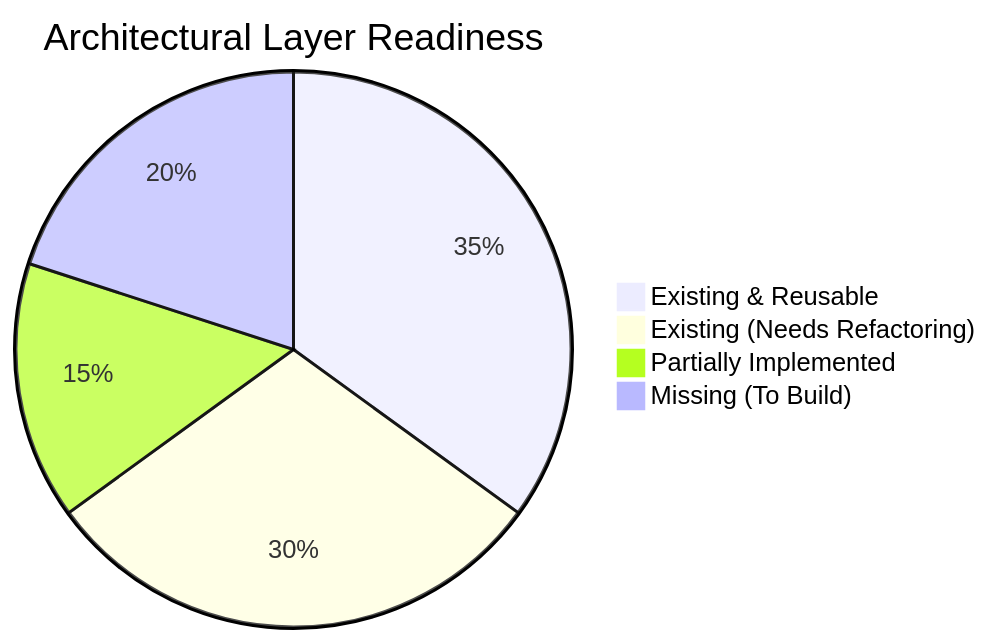
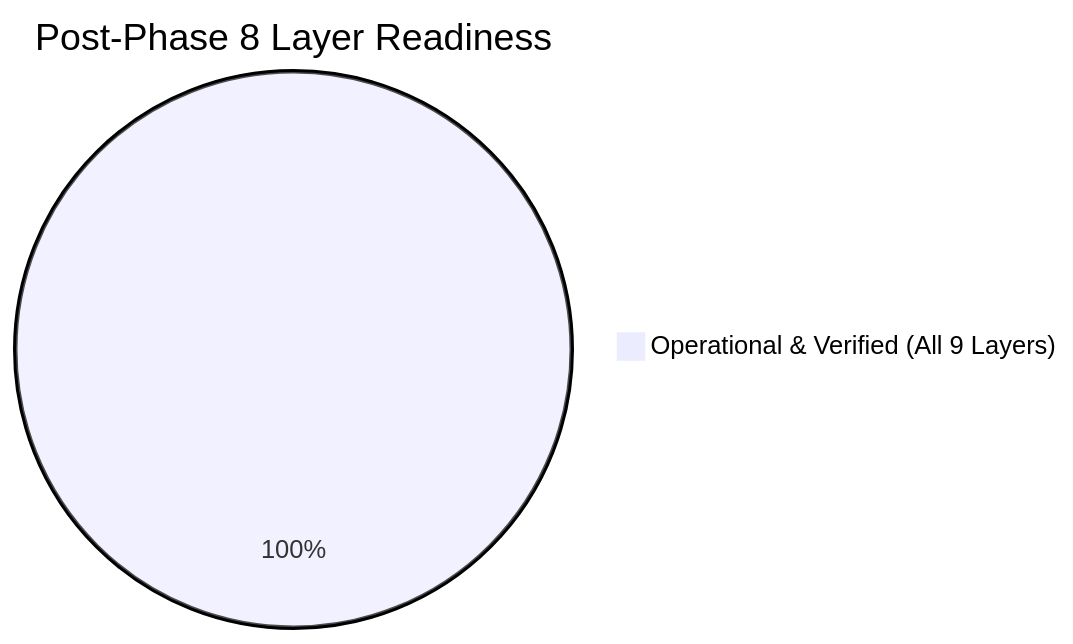
One commit to Spacehat123/GHOST changed the diagram in ARCHITECTURE_GAP_ANALYSIS.md. Above: the diagram before and after it, drawn with Mermaid. The commit also changed other lines of this file and 411 other files, not shown here.

````diff
--- a/ARCHITECTURE_GAP_ANALYSIS.md
+++ b/ARCHITECTURE_GAP_ANALYSIS.md
@@ -39,7 +40,4 @@
 ```mermaid
-pie title Architectural Layer Readiness
-    "Existing & Reusable" : 35
-    "Existing (Needs Refactoring)" : 30
-    "Partially Implemented" : 15
-    "Missing (To Build)" : 20
+pie title Post-Phase 8 Layer Readiness
+    "Operational & Verified (All 9 Layers)" : 100
 ```
````
